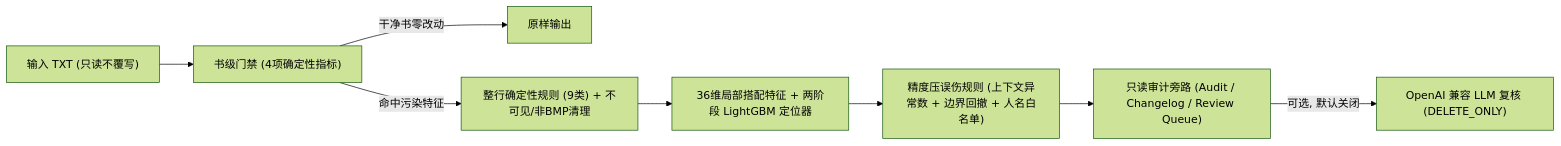
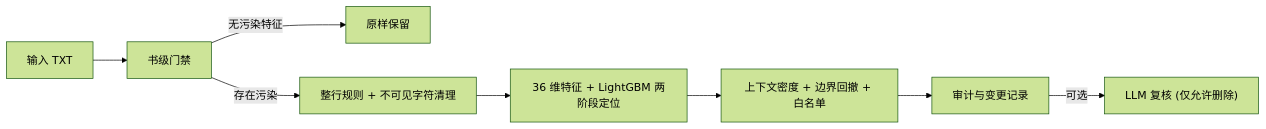
Before and after one commit to Nanoda16/adclean: the diagram in README.md, drawn with Mermaid (forest theme). The commit also changed other lines of this file, not shown here.

````diff
--- a/README.md
+++ b/README.md
@@ -63,10 +34,10 @@
 ```mermaid
 flowchart LR
-    A["输入 TXT (只读不覆写)"] --> B["书级门禁 (4项确定性指标)"]
-    B -->|干净书零改动| Z["原样输出"]
-    B -->|命中污染特征| C["整行确定性规则 (9类) + 不可见/非BMP清理"]
-    C --> D["36维局部搭配特征 + 两阶段 LightGBM 定位器"]
-    D --> E["精度压误伤规则 (上下文异常数 + 边界回撤 + 人名白名单)"]
-    E --> F["只读审计旁路 (Audit / Changelog / Review Queue)"]
-    F -->|可选, 默认关闭| G["OpenAI 兼容 LLM 复核 (DELETE_ONLY)"]
+    In["输入 TXT"] --> Gate["书级门禁"]
+    Gate -->|无污染特征| Keep["原样保留"]
+    Gate -->|存在污染| Rules["整行规则 + 不可见字符清理"]
+    Rules --> Model["36 维特征 + LightGBM 两阶段定位"]
+    Model --> Filter["上下文密度 + 边界回撤 + 白名单"]
+    Filter --> Audit["审计与变更记录"]
+    Audit -->|可选| LLM["LLM 复核 (仅允许删除)"]
 ```
````
